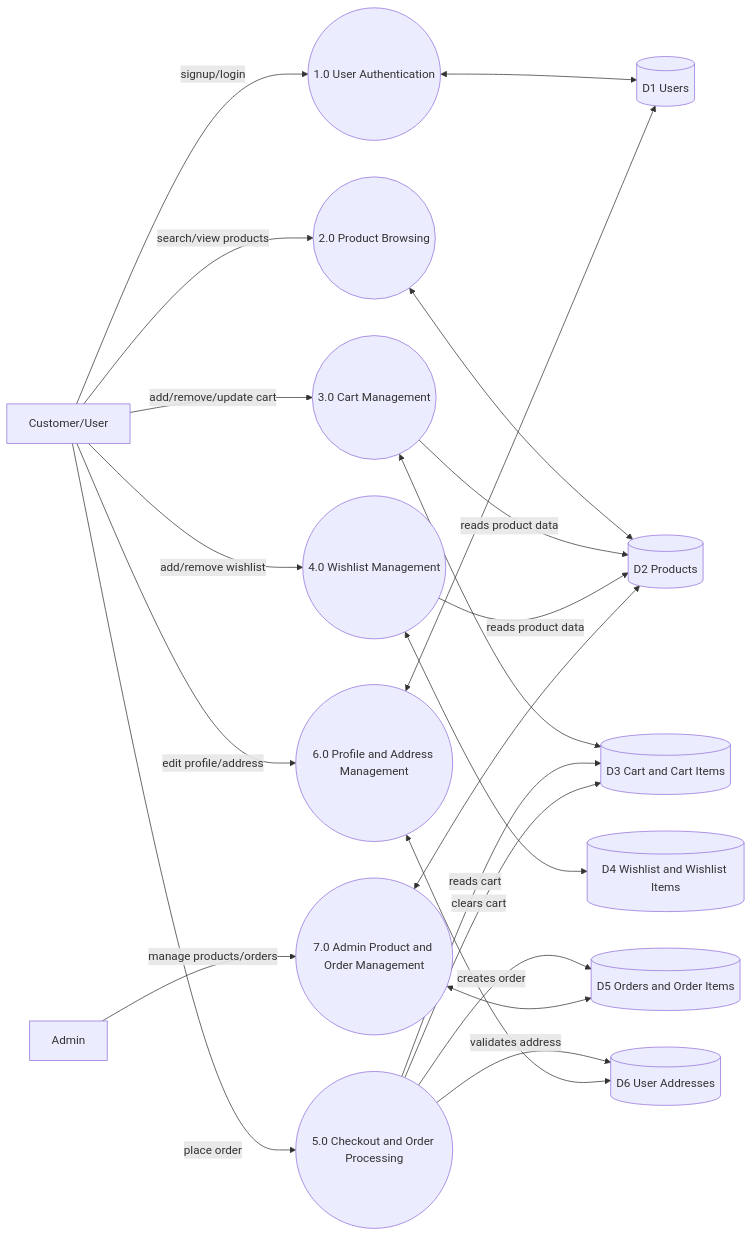
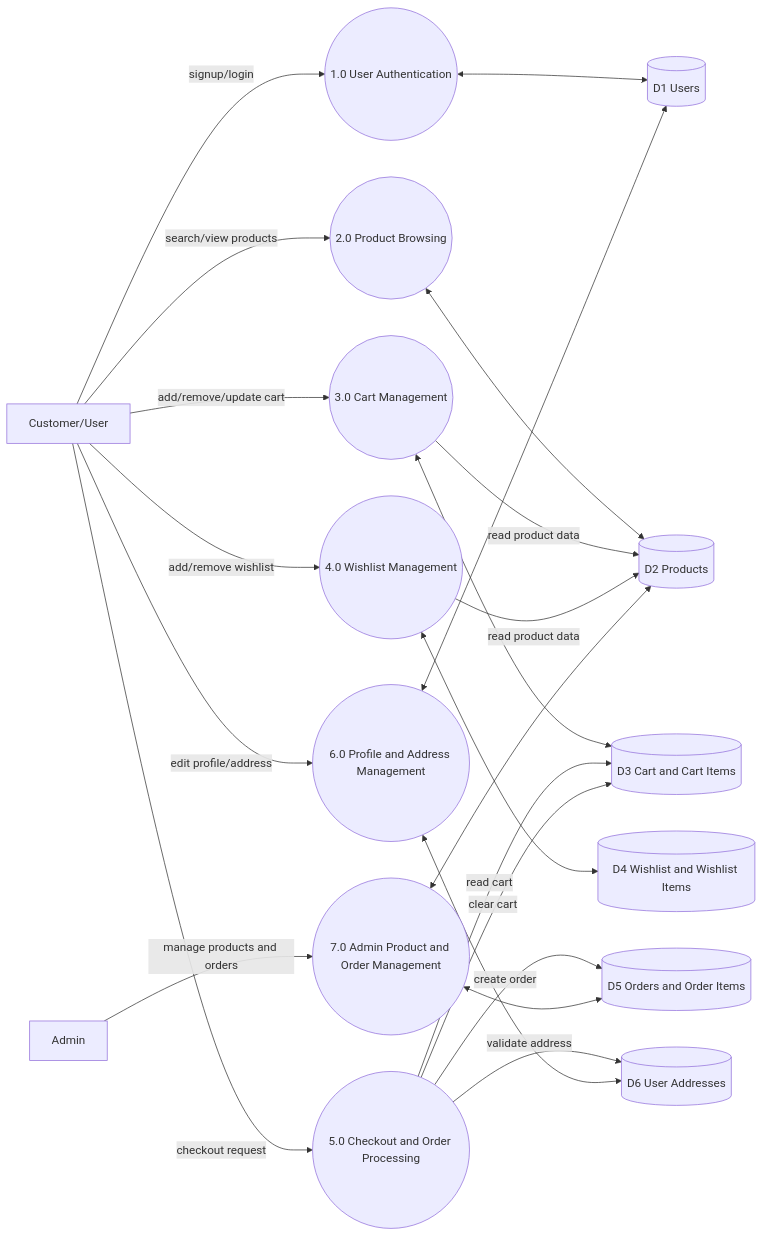
Before and after one commit to Bhudev-cmd/Global_Mart: the diagram in docs/diagrams/DFD_Level_1.mmd, drawn with Mermaid. The commit also changed 16 other files, not shown here.

Commit message:
Rebuild DFD levels 0-5 and add HD diagram exports

```diff
--- a/docs/diagrams/DFD_Level_1.mmd
+++ b/docs/diagrams/DFD_Level_1.mmd
@@ -1,46 +1,46 @@
 flowchart LR
     U[Customer/User]
     A[Admin]
 
     P1((1.0 User Authentication))
     P2((2.0 Product Browsing))
     P3((3.0 Cart Management))
     P4((4.0 Wishlist Management))
     P5((5.0 Checkout and Order Processing))
     P6((6.0 Profile and Address Management))
     P7((7.0 Admin Product and Order Management))
 
     D1[(D1 Users)]
     D2[(D2 Products)]
     D3[(D3 Cart and Cart Items)]
     D4[(D4 Wishlist and Wishlist Items)]
     D5[(D5 Orders and Order Items)]
     D6[(D6 User Addresses)]
 
     U -->|signup/login| P1
     P1 <--> D1
 
     U -->|search/view products| P2
     P2 <--> D2
 
     U -->|add/remove/update cart| P3
     P3 <--> D3
-    P3 -->|reads product data| D2
+    P3 -->|read product data| D2
 
     U -->|add/remove wishlist| P4
     P4 <--> D4
-    P4 -->|reads product data| D2
+    P4 -->|read product data| D2
 
-    U -->|place order| P5
-    P5 -->|reads cart| D3
-    P5 -->|creates order| D5
-    P5 -->|validates address| D6
-    P5 -->|clears cart| D3
+    U -->|checkout request| P5
+    P5 -->|read cart| D3
+    P5 -->|create order| D5
+    P5 -->|validate address| D6
+    P5 -->|clear cart| D3
 
     U -->|edit profile/address| P6
     P6 <--> D1
     P6 <--> D6
 
-    A -->|manage products/orders| P7
+    A -->|manage products and orders| P7
     P7 <--> D2
     P7 <--> D5
```
